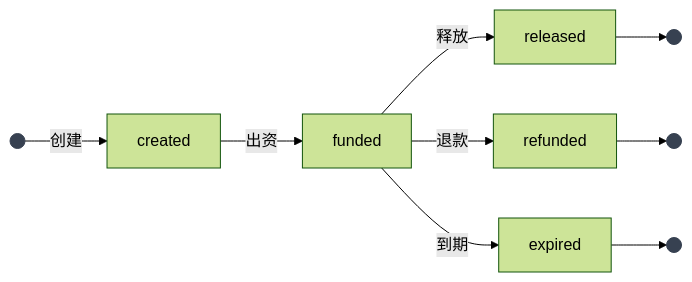
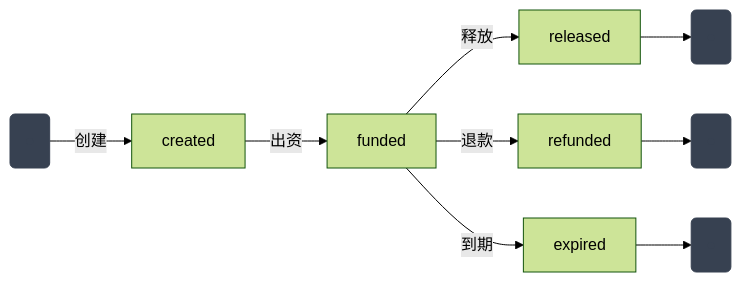
One commit to claw-network/clawnet changed the third of 3 diagrams in packages/docs/content/docs/getting-started/core-concepts/wallet.zh.md. Above: the diagram before and after it, drawn with Mermaid (forest theme). The commit also changed 1 other file, not shown here.

Commit message:
fix(docs): replace unstable (( )) double-circle with stable rounded node

````diff
--- a/packages/docs/content/docs/getting-started/core-concepts/wallet.zh.md
+++ b/packages/docs/content/docs/getting-started/core-concepts/wallet.zh.md
@@ -102,15 +102,15 @@
 ```mermaid
 flowchart LR
-    S(( )) -->|创建| created
+    S(●) -->|创建| created
     created -->|出资| funded
     funded -->|释放| released
     funded -->|退款| refunded
     funded -->|到期| expired
-    released --> E1(( ))
-    refunded --> E2(( ))
-    expired --> E3(( ))
-    style S fill:#374151,stroke:#374151,color:#374151,font-size:0px
-    style E1 fill:#374151,stroke:#374151,color:#374151,font-size:0px
-    style E2 fill:#374151,stroke:#374151,color:#374151,font-size:0px
-    style E3 fill:#374151,stroke:#374151,color:#374151,font-size:0px
+    released --> E1(●)
+    refunded --> E2(●)
+    expired --> E3(●)
+    style S fill:#374151,stroke:#374151,color:#374151
+    style E1 fill:#374151,stroke:#374151,color:#374151
+    style E2 fill:#374151,stroke:#374151,color:#374151
+    style E3 fill:#374151,stroke:#374151,color:#374151
 ```
````
